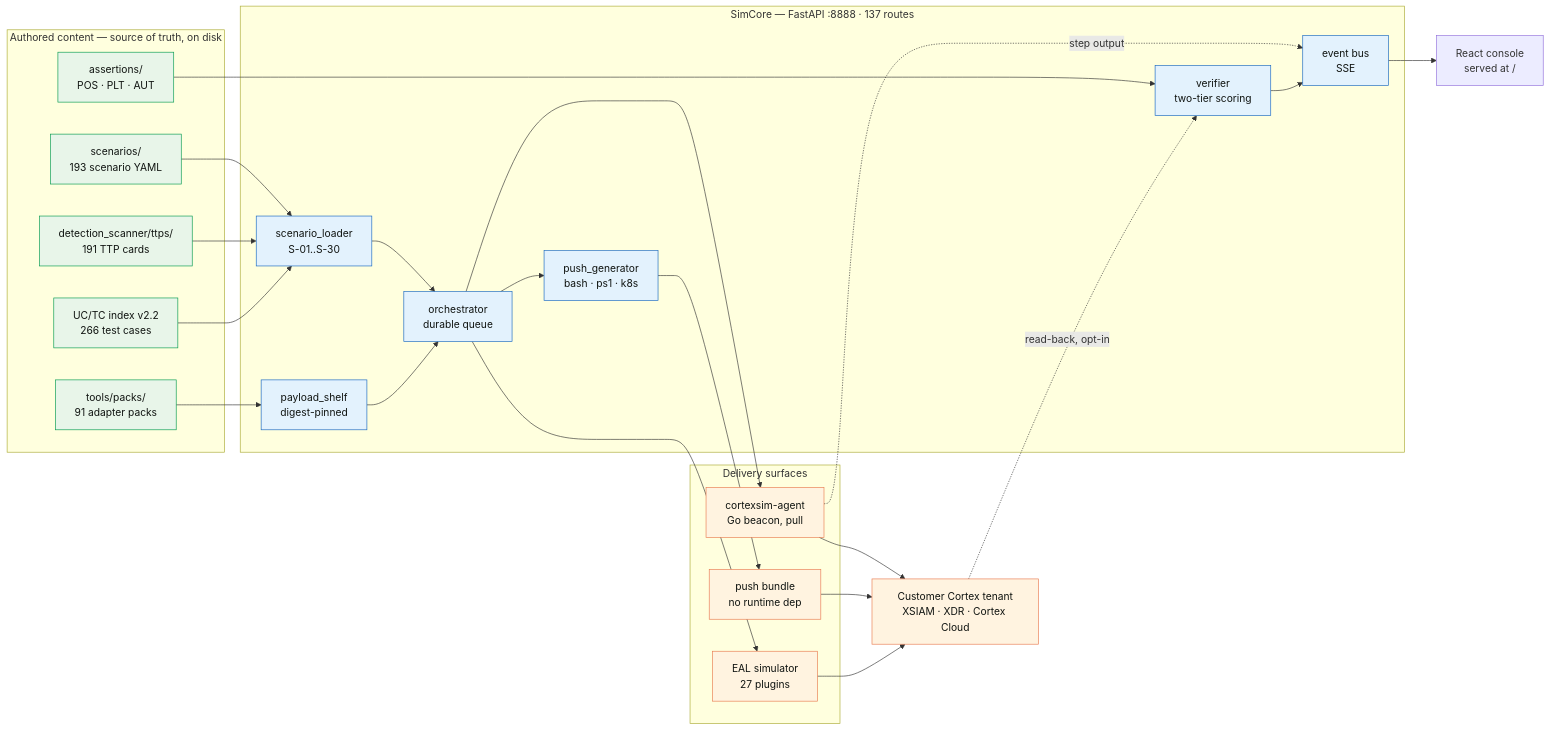
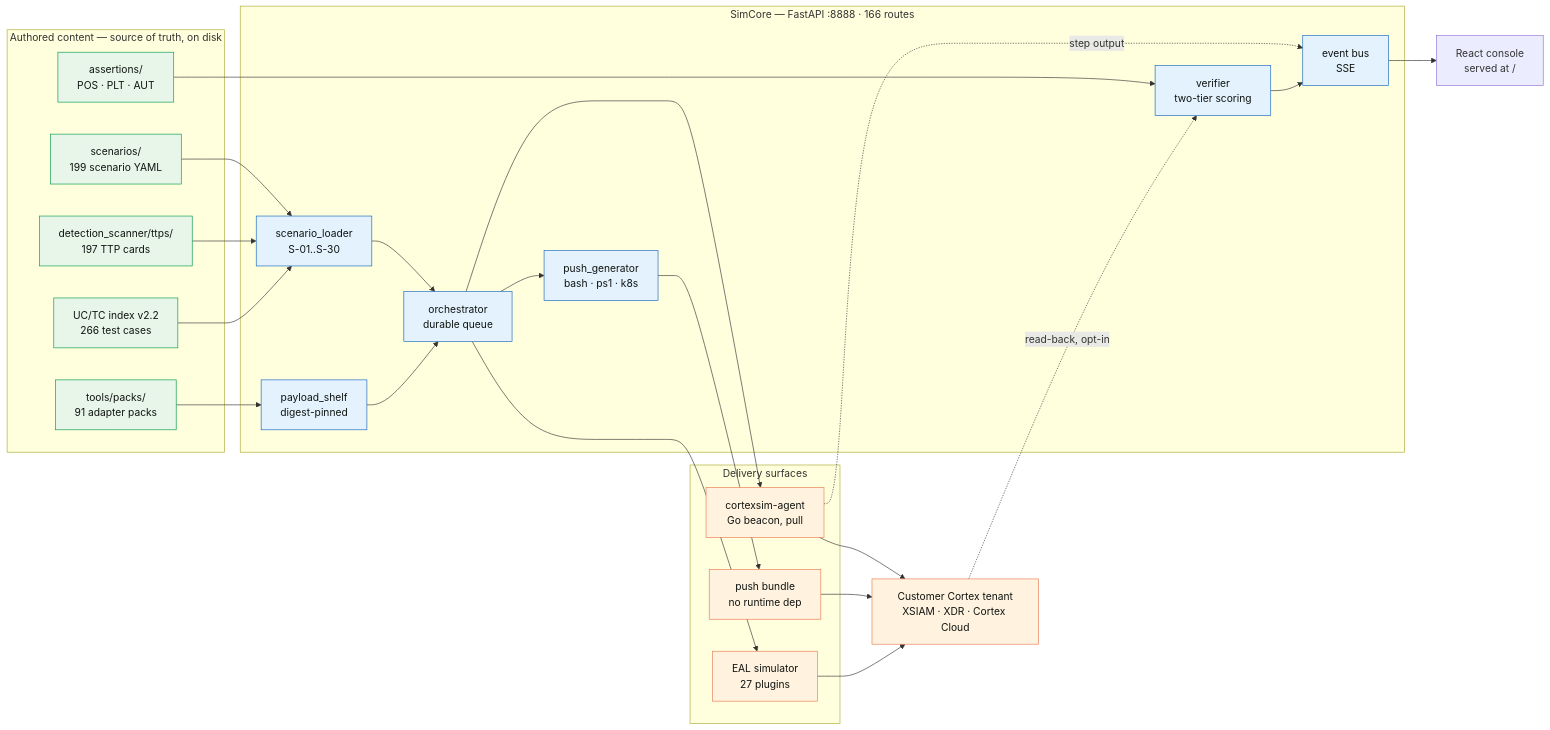
One commit to hankthebldr/cortex-pov-engine changed the first of 6 diagrams in README.md. Above: the diagram before and after it, drawn with Mermaid. The commit also changed other lines of this file and 3 other files, not shown here.

````diff
--- a/README.md
+++ b/README.md
@@ -253,54 +256,54 @@
 ```mermaid
 flowchart LR
     subgraph AUTHOR["Authored content — source of truth, on disk"]
-        SC["scenarios/<br/>193 scenario YAML"]
-        TTP["detection_scanner/ttps/<br/>191 TTP cards"]
+        SC["scenarios/<br/>199 scenario YAML"]
+        TTP["detection_scanner/ttps/<br/>197 TTP cards"]
         ASRT["assertions/<br/>POS · PLT · AUT"]
         PACK["tools/packs/<br/>91 adapter packs"]
         IDX["UC/TC index v2.2<br/>266 test cases"]
     end
 
-    subgraph CORE["SimCore — FastAPI :8888 · 137 routes"]
+    subgraph CORE["SimCore — FastAPI :8888 · 166 routes"]
         LOAD["scenario_loader<br/>S-01..S-30"]
         ORCH["orchestrator<br/>durable queue"]
         SHELF["payload_shelf<br/>digest-pinned"]
         VERIF["verifier<br/>two-tier scoring"]
         BUS["event bus<br/>SSE"]
         PUSH["push_generator<br/>bash · ps1 · k8s"]
     end
 
     subgraph EXEC["Delivery surfaces"]
         AGENT["cortexsim-agent<br/>Go beacon, pull"]
         BUNDLE["push bundle<br/>no runtime dep"]
         EAL["EAL simulator<br/>27 plugins"]
     end
 
     TENANT["Customer Cortex tenant<br/>XSIAM · XDR · Cortex Cloud"]
     UI["React console<br/>served at /"]
 
     SC --> LOAD
     TTP --> LOAD
     PACK --> SHELF
     IDX --> LOAD
     ASRT --> VERIF
     LOAD --> ORCH
     SHELF --> ORCH
     ORCH --> AGENT
     ORCH --> PUSH
     PUSH --> BUNDLE
     ORCH --> EAL
     AGENT --> TENANT
     BUNDLE --> TENANT
     EAL --> TENANT
     AGENT -. "step output" .-> BUS
     BUS --> UI
     TENANT -. "read-back, opt-in" .-> VERIF
     VERIF --> BUS
 
     classDef src fill:#e8f5e9,stroke:#00994d,color:#101411
     classDef eng fill:#e3f2fd,stroke:#1565c0,color:#101411
     classDef out fill:#fff3e0,stroke:#e87a4f,color:#101411
     class SC,TTP,ASRT,PACK,IDX src
     class LOAD,ORCH,SHELF,VERIF,BUS,PUSH eng
     class AGENT,BUNDLE,EAL,TENANT out
 ```
````
